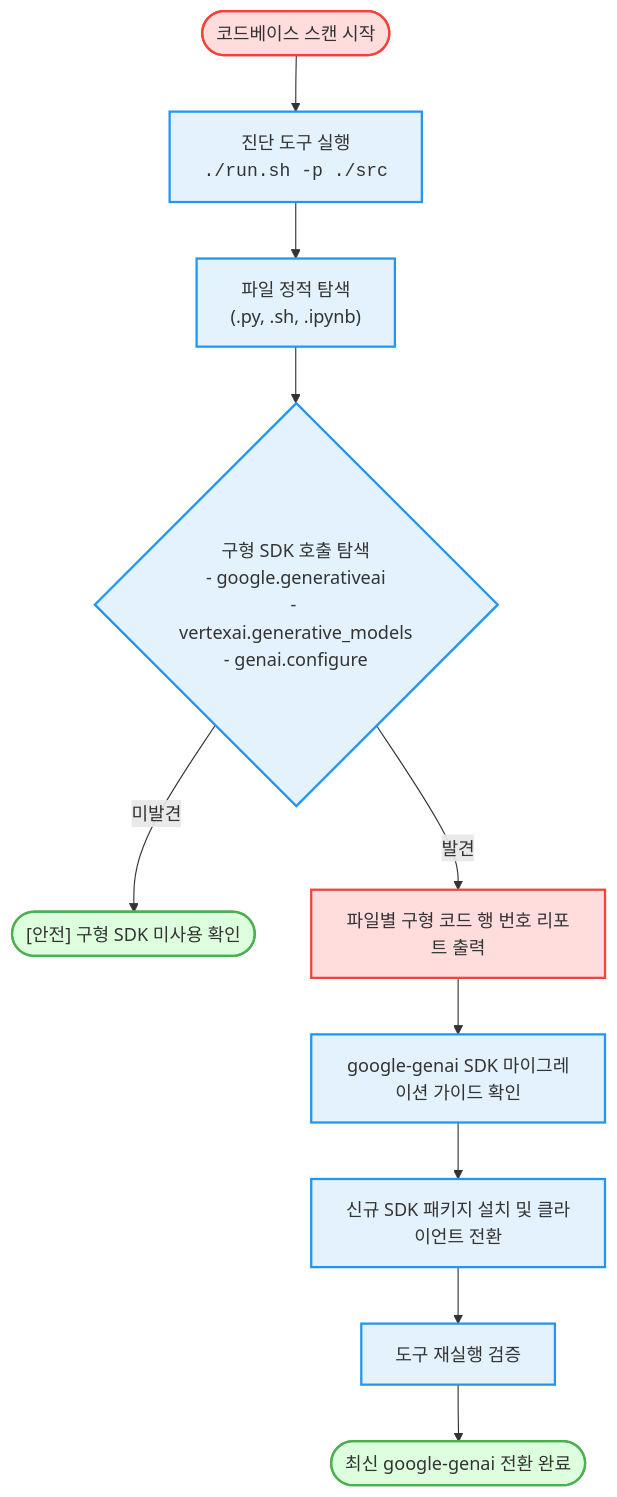
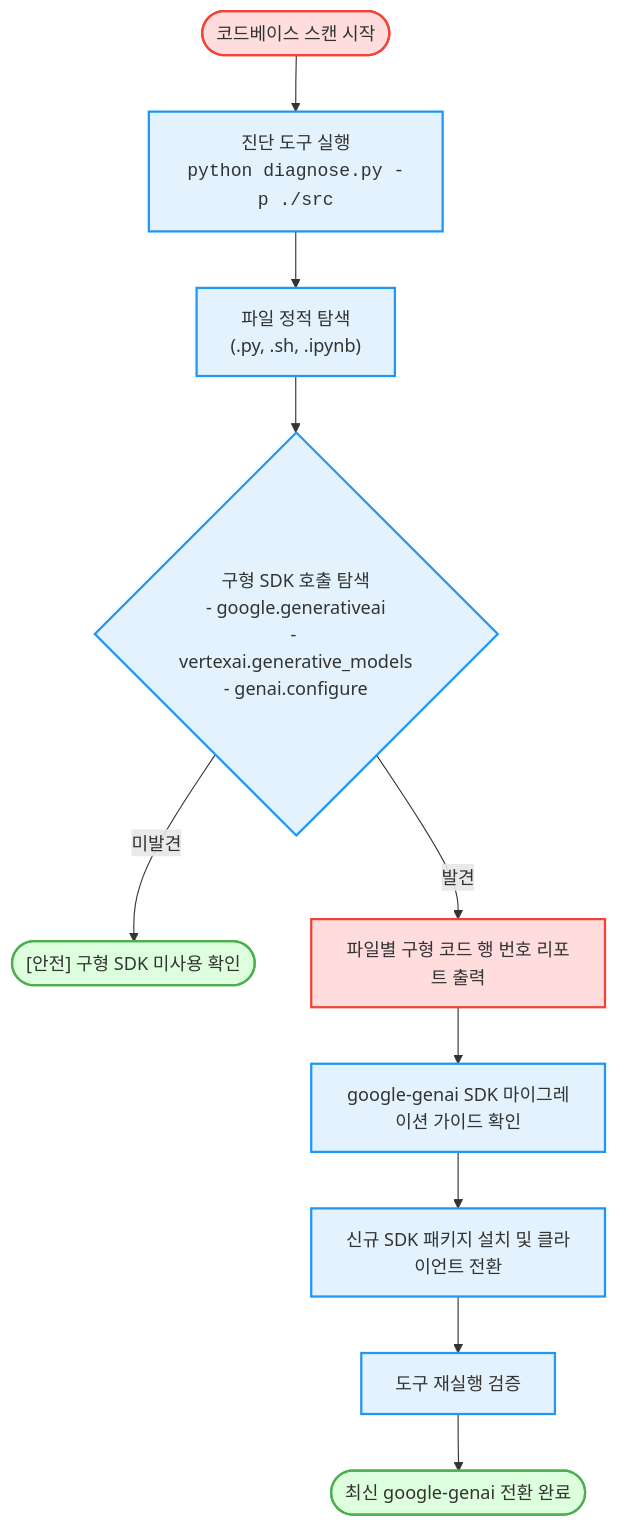
The diagram in samples/gemini-legacy-sdk-scanner/README.md (jiangjun-forge/google-cloud-0-to-1), drawn with Mermaid before and after one commit. The commit also changed other lines of this file and 180 other files, not shown here.

````diff
--- a/samples/gemini-legacy-sdk-scanner/README.md
+++ b/samples/gemini-legacy-sdk-scanner/README.md
@@ -37,22 +37,22 @@
 ```mermaid
 flowchart TD
-    Start(["코드베이스 스캔 시작"]) --> RunTool["진단 도구 실행<br/><code>./run.sh -p ./src</code>"]
+    Start(["코드베이스 스캔 시작"]) --> RunTool["진단 도구 실행<br/><code>python diagnose.py -p ./src</code>"]
     
     RunTool --> ScanFiles["파일 정적 탐색<br/>(.py, .sh, .ipynb)"]
     ScanFiles --> MatchPatterns{"구형 SDK 호출 탐색<br/>- google.generativeai<br/>- vertexai.generative_models<br/>- genai.configure"}
     
     MatchPatterns -- "미발견" --> Safe(["[안전] 구형 SDK 미사용 확인"])
     MatchPatterns -- "발견" --> Report["파일별 구형 코드 행 번호 리포트 출력"]
     
     Report --> Guide["google-genai SDK 마이그레이션 가이드 확인"]
     Guide --> Refactor["신규 SDK 패키지 설치 및 클라이언트 전환"]
     Refactor --> Retest["도구 재실행 검증"]
     Retest --> Done(["최신 google-genai 전환 완료"])
 
     classDef alert fill:#ffdddd,stroke:#f44336,stroke-width:2px;
     classDef success fill:#ddffdd,stroke:#4caf50,stroke-width:2px;
     classDef action fill:#e3f2fd,stroke:#2196f3,stroke-width:2px;
     class Start,Report alert;
     class Safe,Done success;
     class RunTool,ScanFiles,MatchPatterns,Guide,Refactor,Retest action;
 ```
````
